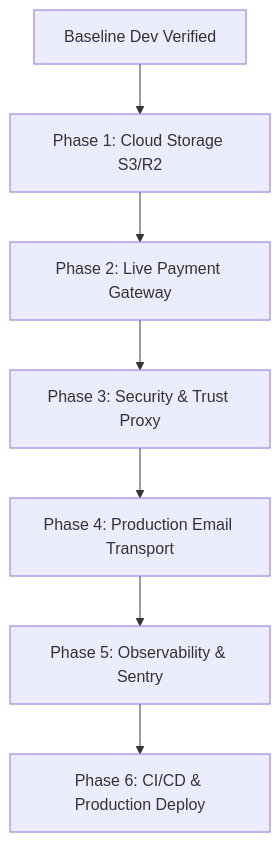
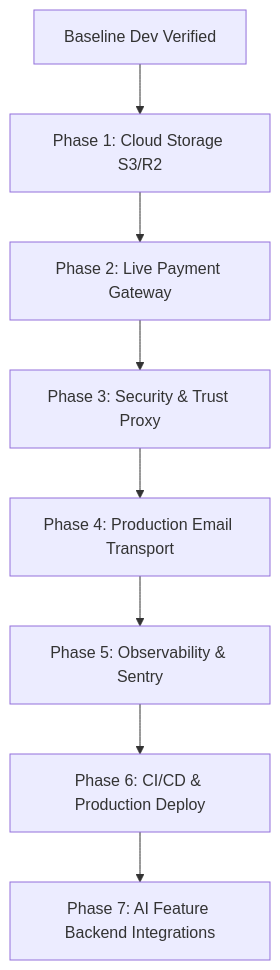
One commit to Vishad-N/newSimbolo changed the diagram in PRODUCTION_ROADMAP.md. Above: the diagram before and after it, drawn with Mermaid. The commit also changed other lines of this file and 220 other files, not shown here.

````diff
--- a/PRODUCTION_ROADMAP.md
+++ b/PRODUCTION_ROADMAP.md
@@ -19,9 +19,10 @@
 ```mermaid
 flowchart TD
     A[Baseline Dev Verified] --> B[Phase 1: Cloud Storage S3/R2]
     B --> C[Phase 2: Live Payment Gateway]
     C --> D[Phase 3: Security & Trust Proxy]
     D --> E[Phase 4: Production Email Transport]
     E --> F[Phase 5: Observability & Sentry]
     F --> G[Phase 6: CI/CD & Production Deploy]
+    G --> H[Phase 7: AI Feature Backend Integrations]
 ```
````
